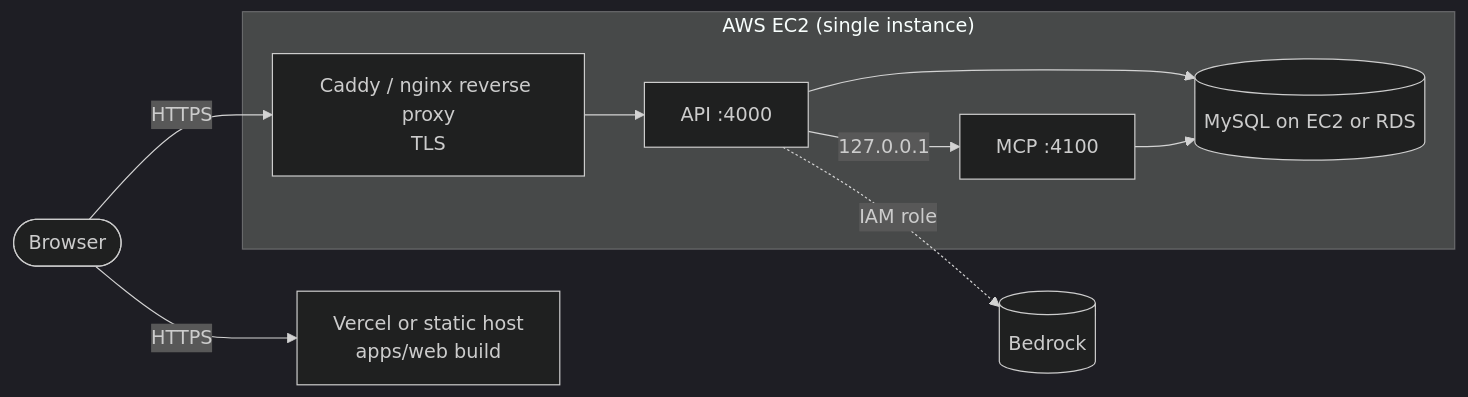
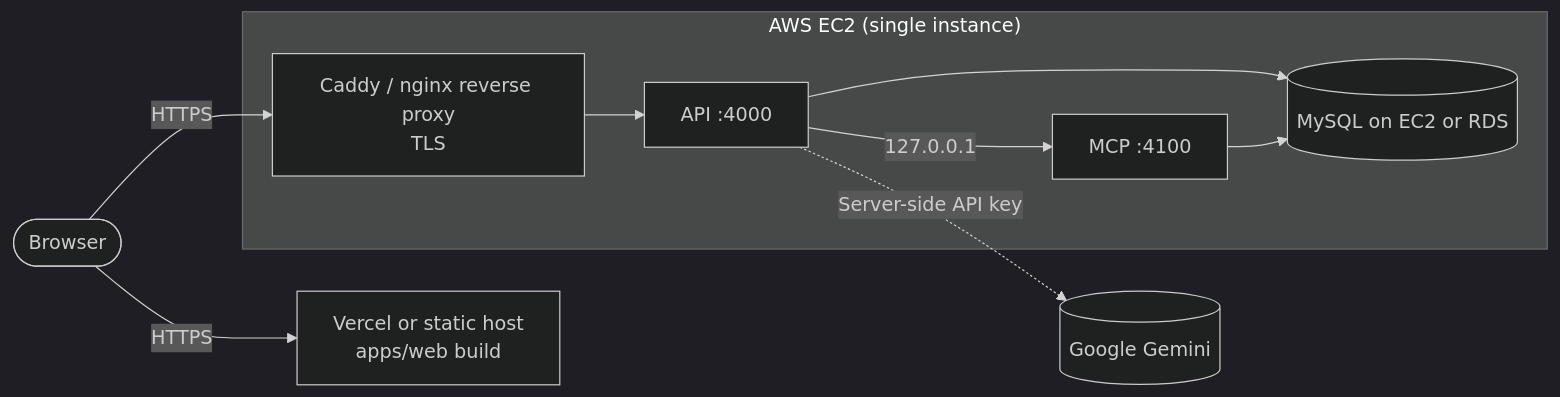
Before and after one commit to Thatcoderboy01/homeflow-ai: the fourth of 4 diagrams in docs/ARCHITECTURE.md, drawn with Mermaid (dark theme). The commit also changed other lines of this file and 122 other files, not shown here.

````diff
--- a/docs/ARCHITECTURE.md
+++ b/docs/ARCHITECTURE.md
@@ -104,12 +104,12 @@
 ```mermaid
 flowchart LR
   user([Browser]) -->|HTTPS| cdn[Vercel or static host<br/>apps/web build]
   user -->|HTTPS| caddy
   subgraph EC2["AWS EC2 (single instance)"]
     caddy[Caddy / nginx reverse proxy<br/>TLS] --> api[API :4000]
     api -->|127.0.0.1| mcp[MCP :4100]
     api --> db[(MySQL on EC2 or RDS)]
     mcp --> db
   end
-  api -.->|IAM role| bedrock[(Bedrock)]
+  api -.->|Server-side API key| gemini[(Google Gemini)]
 ```
````
